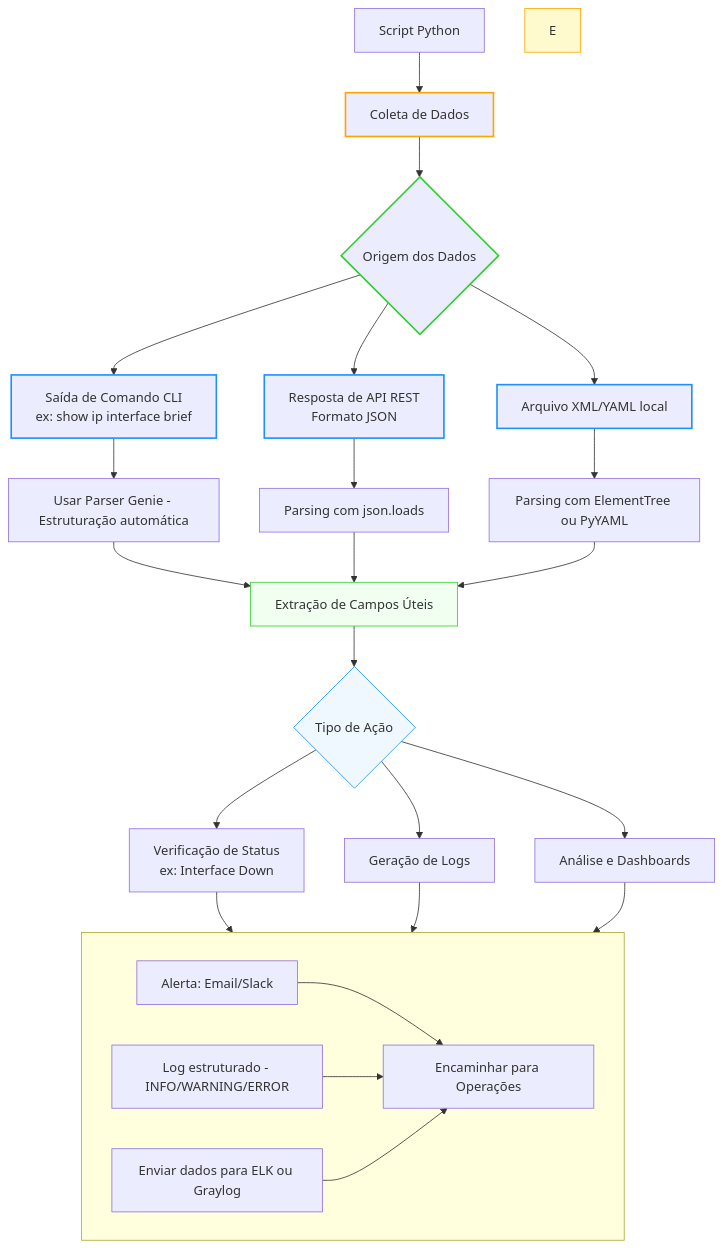
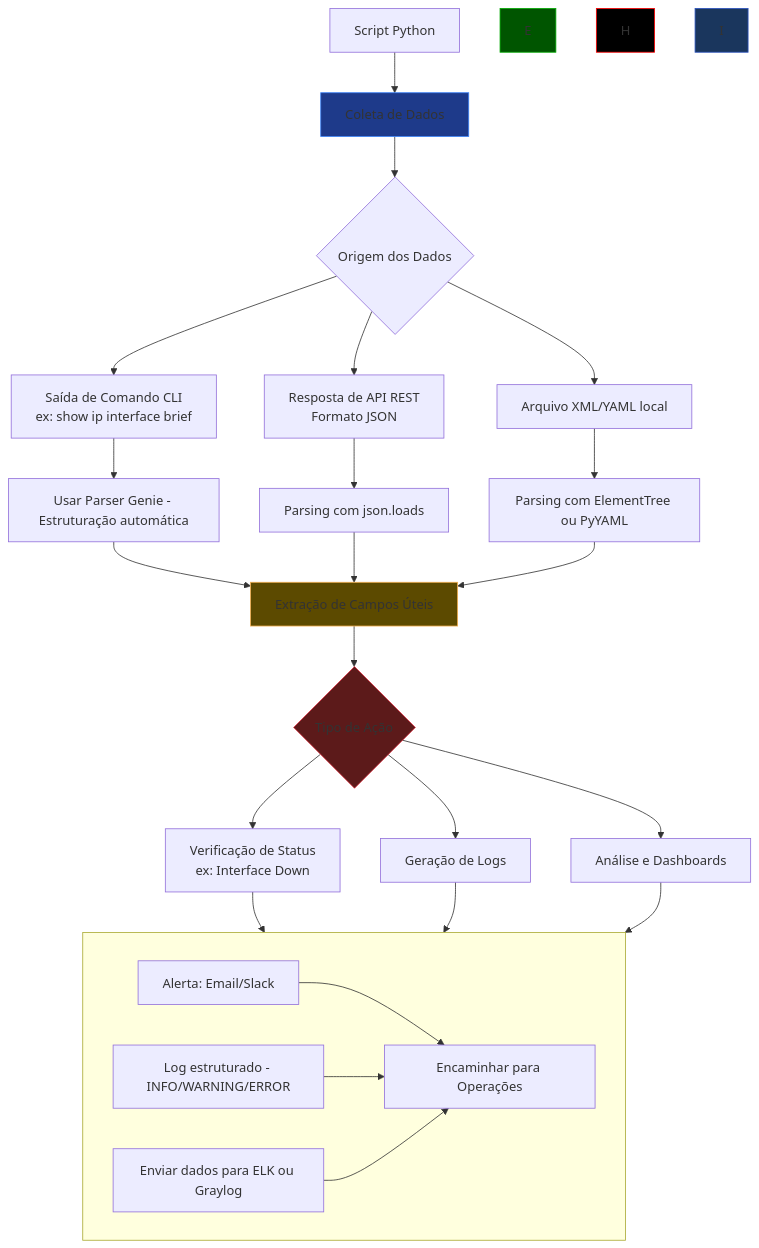
The first of 3 diagrams in CCNP 350-401 ENCOR/06 - Automation/18- Python - 13 - Parsing/README.md (alcancil/Cisco), drawn with Mermaid before and after one commit.

Commit message:
Alterado o arquivo README.md

````diff
--- a/CCNP 350-401 ENCOR/06 - Automation/18- Python - 13 - Parsing/README.md
+++ b/CCNP 350-401 ENCOR/06 - Automation/18- Python - 13 - Parsing/README.md
@@ -114,40 +114,38 @@
 ```mermaid
 flowchart TD
     A[Script Python] --> B[Coleta de Dados]
     B --> C{Origem dos Dados}
     
     C --> D1[Saída de Comando CLI\nex: show ip interface brief]
     C --> D2[Resposta de API REST\nFormato JSON]
     C --> D3[Arquivo XML/YAML local]
     
     D1 --> E1[Usar Parser Genie - Estruturação automática]
     D2 --> E2[Parsing com json.loads]
     D3 --> E3[Parsing com ElementTree ou PyYAML]
 
     E1 --> F[Extração de Campos Úteis]
     E2 --> F
     E3 --> F
 
     F --> G{Tipo de Ação}
     G --> H1[Verificação de Status\nex: Interface Down]
     G --> H2[Geração de Logs]
     G --> H3[Análise e Dashboards]
     
     H1 --> I1[Alerta: Email/Slack]
     H2 --> I2[Log estruturado - INFO/WARNING/ERROR]
     H3 --> I3[Enviar dados para ELK ou Graylog]
 
     subgraph " "
         direction LR
         I1 & I2 & I3 --> Z[Encaminhar para Operações]
     end
 
-    style B stroke:#FFA500,stroke-width:2px
-    style C stroke:#32CD32,stroke-width:2px
-    style D1 stroke:#1E90FF,stroke-width:2px
-    style D2 stroke:#1E90FF,stroke-width:2px
-    style D3 stroke:#1E90FF,stroke-width:2px
-    style E fill:#FFFACD,stroke:#FFA500
-    style F fill:#F0FFF0,stroke:#32CD32
-    style G fill:#F0F8FF,stroke:#1E90FF
+    style B fill:#1e3a8a,stroke:#3b82f6,color:#FFFFFF  # Configuracao
+    style E fill:#005500,stroke:#00AA00,color:#FFFFFF  # INFO
+    style F fill:#5c4a00,stroke:#f0ad4e,color:#FFFFFF  # ERROR
+    style G fill:#5c1a1a,stroke:#dc3545,color:#FFFFFF  # WARNING
+    style H fill:#000000,stroke:#ff0000,color:#FFFFFF  # CRITICAL
+    style I fill:#1a365d,stroke:#2a52be,color:#FFFFFF  # Arquivo
 ```
````
